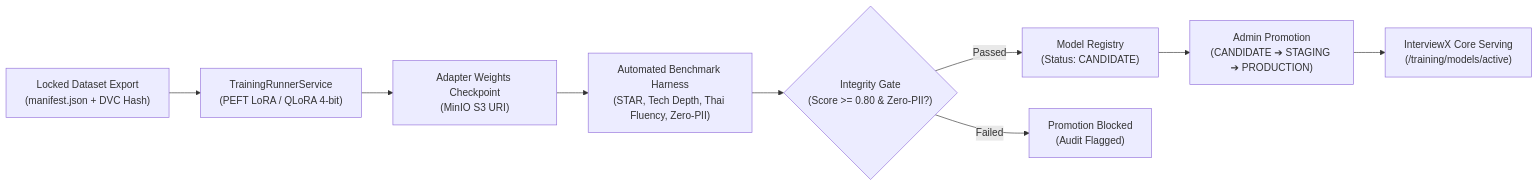
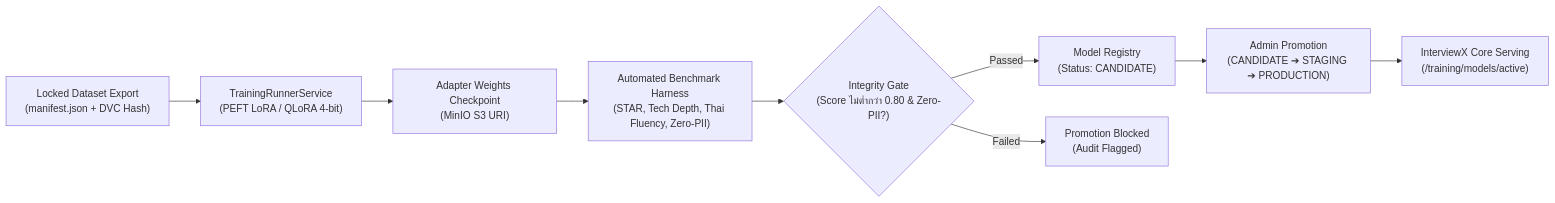
Before and after one commit to Phoomss/interviewx-datahub: the fourth of 4 diagrams in SYSTEM.md, drawn with Mermaid. The commit also changed other lines of this file and 21 other files, not shown here.

Commit message:
fix error Unable to render rich display for all diagram

````diff
--- a/SYSTEM.md
+++ b/SYSTEM.md
@@ -324,11 +324,11 @@
 ```mermaid
 flowchart LR
-    Dataset["Locked Dataset Export\n(manifest.json + DVC Hash)"] --> JobRunner["TrainingRunnerService\n(PEFT LoRA / QLoRA 4-bit)"]
-    JobRunner --> Checkpoint["Adapter Weights Checkpoint\n(MinIO S3 URI)"]
-    Checkpoint --> Benchmark["Automated Benchmark Harness\n(STAR, Tech Depth, Thai Fluency, Zero-PII)"]
-    Benchmark --> Gate{"Integrity Gate\n(Score >= 0.80 & Zero-PII?)"}
-    Gate -- Passed --> RegCandidate["Model Registry\n(Status: CANDIDATE)"]
-    RegCandidate --> Promote["Admin Promotion\n(CANDIDATE ➔ STAGING ➔ PRODUCTION)"]
-    Promote --> Core["InterviewX Core Serving\n(/training/models/active)"]
-    Gate -- Failed --> Blocked["Promotion Blocked\n(Audit Flagged)"]
+    Dataset["Locked Dataset Export<br/>(manifest.json + DVC Hash)"] --> JobRunner["TrainingRunnerService<br/>(PEFT LoRA / QLoRA 4-bit)"]
+    JobRunner --> Checkpoint["Adapter Weights Checkpoint<br/>(MinIO S3 URI)"]
+    Checkpoint --> Benchmark["Automated Benchmark Harness<br/>(STAR, Tech Depth, Thai Fluency, Zero-PII)"]
+    Benchmark --> Gate{"Integrity Gate<br/>(Score ไม่ต่ำกว่า 0.80 & Zero-PII?)"}
+    Gate -- Passed --> RegCandidate["Model Registry<br/>(Status: CANDIDATE)"]
+    RegCandidate --> Promote["Admin Promotion<br/>(CANDIDATE ➔ STAGING ➔ PRODUCTION)"]
+    Promote --> Core["InterviewX Core Serving<br/>(/training/models/active)"]
+    Gate -- Failed --> Blocked["Promotion Blocked<br/>(Audit Flagged)"]
 ```
````
